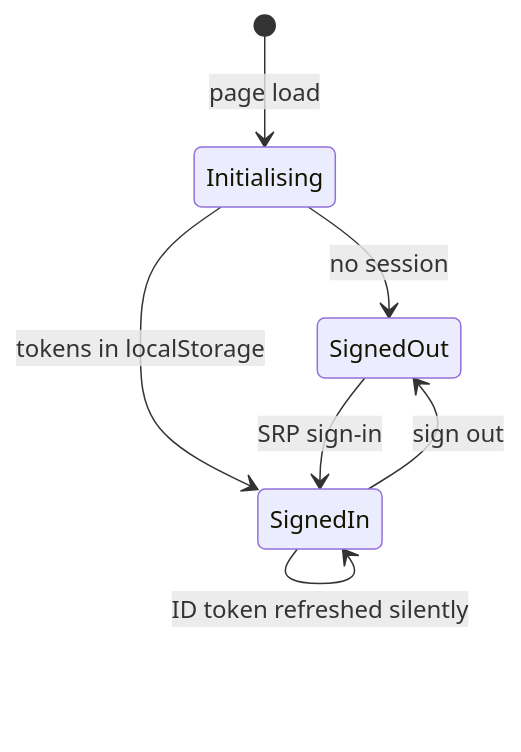
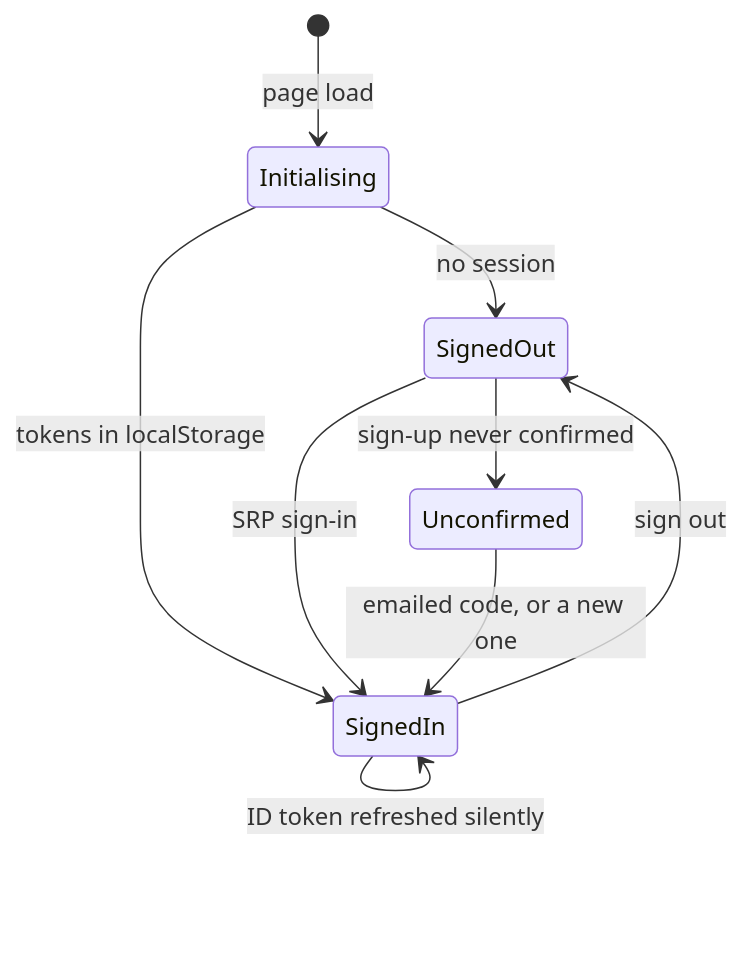
Before and after one commit to geoffweatherall/mootmaker-webapp: the first of 2 diagrams in docs/architecture.md, drawn with Mermaid. The commit also changed other lines of this file and 9 other files, not shown here.

First line of the commit message:
Let an unconfirmed sign-up be finished from sign-in

````diff
--- a/docs/architecture.md
+++ b/docs/architecture.md
@@ -55,9 +55,11 @@
 ```mermaid
 stateDiagram-v2
   [*] --> Initialising: page load
   Initialising --> SignedOut: no session
   Initialising --> SignedIn: tokens in localStorage
   SignedOut --> SignedIn: SRP sign-in
+  SignedOut --> Unconfirmed: sign-up never confirmed
+  Unconfirmed --> SignedIn: emailed code, or a new one
   SignedIn --> SignedOut: sign out
   SignedIn --> SignedIn: ID token refreshed silently
 ```
````
